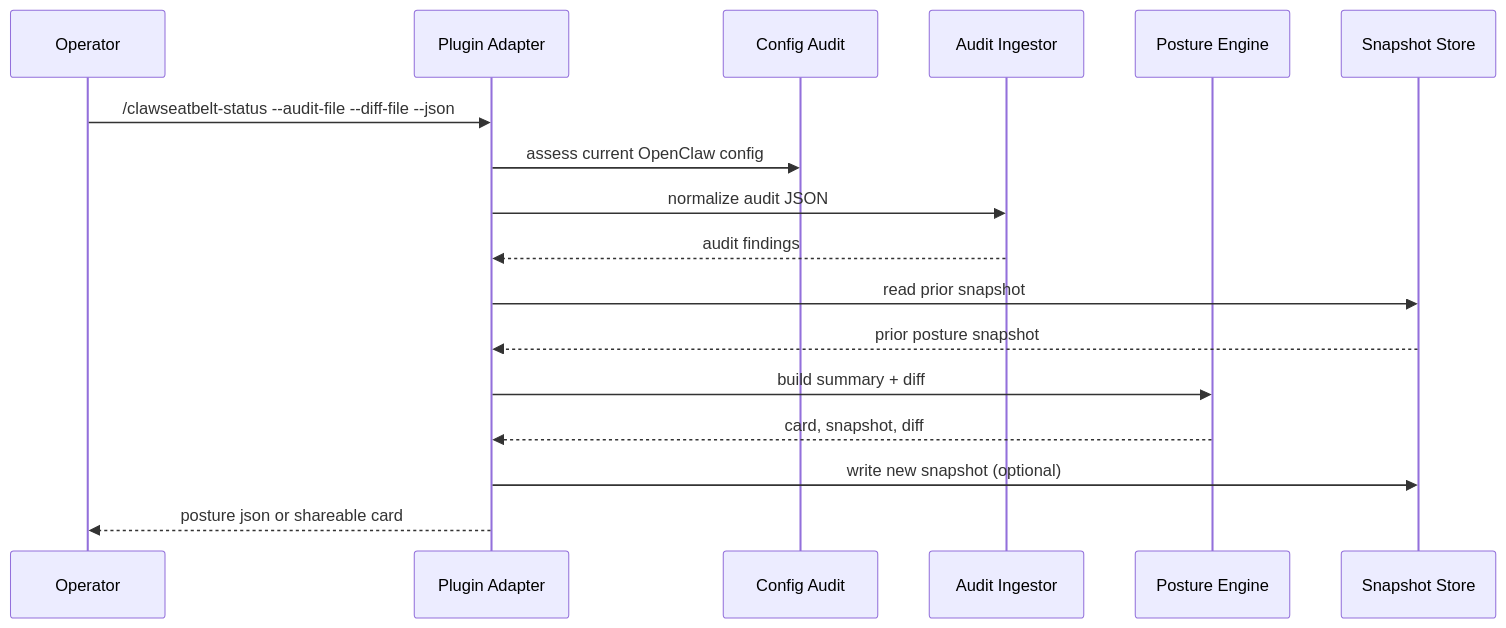
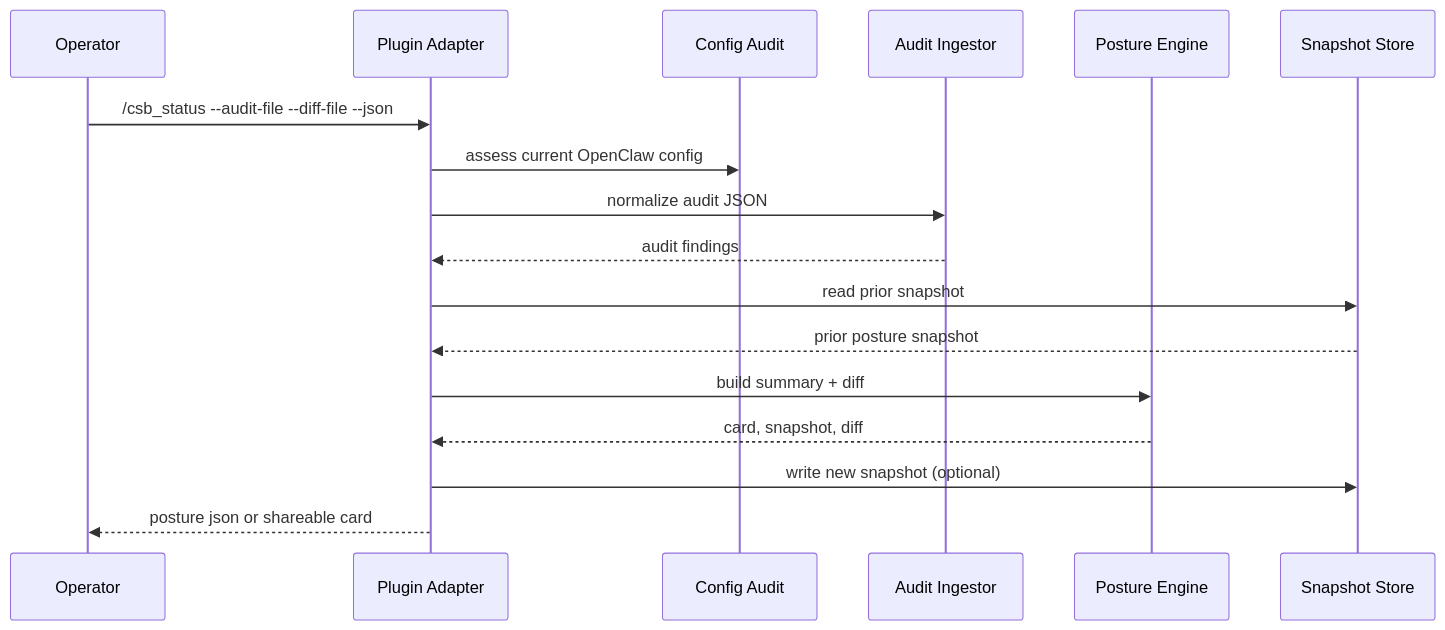
The second of 3 diagrams in docs/architecture/posture-engine.md (cschanhniem/ClawSeatbelt), drawn with Mermaid before and after one commit. The commit also changed 39 other files, not shown here.

````diff
--- a/docs/architecture/posture-engine.md
+++ b/docs/architecture/posture-engine.md
@@ -28,20 +28,20 @@
 ```mermaid
 sequenceDiagram
   participant Operator as Operator
   participant Adapter as Plugin Adapter
   participant Config as Config Audit
   participant Audit as Audit Ingestor
   participant Posture as Posture Engine
   participant Disk as Snapshot Store
 
-  Operator->>Adapter: /clawseatbelt-status --audit-file --diff-file --json
+  Operator->>Adapter: /csb_status --audit-file --diff-file --json
   Adapter->>Config: assess current OpenClaw config
   Adapter->>Audit: normalize audit JSON
   Audit-->>Adapter: audit findings
   Adapter->>Disk: read prior snapshot
   Disk-->>Adapter: prior posture snapshot
   Adapter->>Posture: build summary + diff
   Posture-->>Adapter: card, snapshot, diff
   Adapter->>Disk: write new snapshot (optional)
   Adapter-->>Operator: posture json or shareable card
 ```
````
